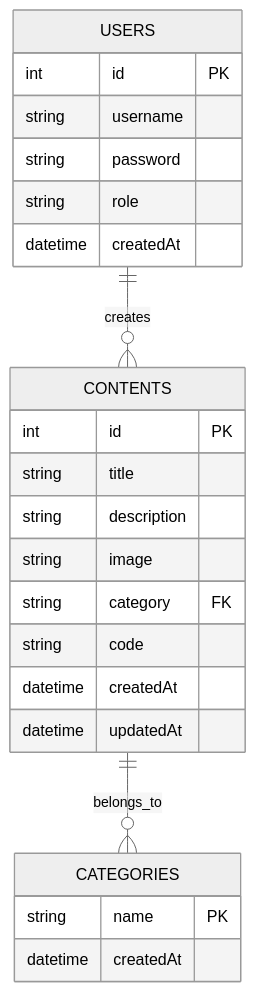
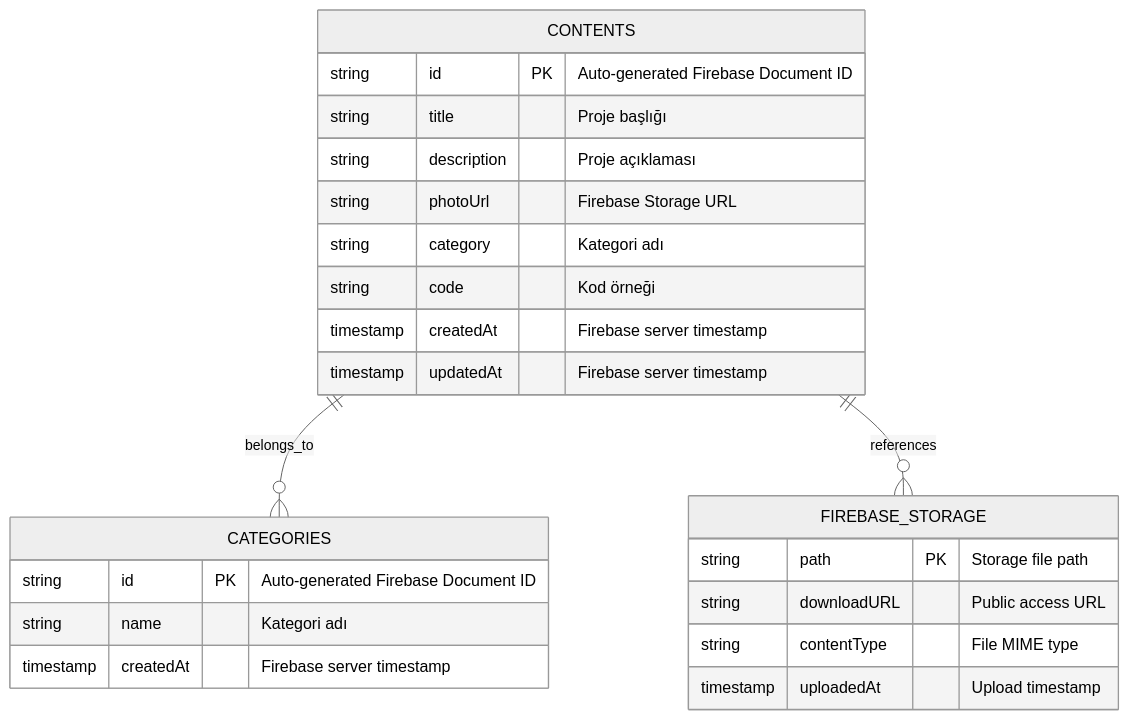
One commit to everyoneexe/student-code-platform changed the diagram in README.md. Above: the diagram before and after it, drawn with Mermaid (neutral theme). The commit also changed other lines of this file, not shown here.

First line of the commit message:
📊 ER diyagramı Firebase Firestore'a güncellendi

````diff
--- a/README.md
+++ b/README.md
@@ -176,29 +176,29 @@
 ```mermaid
 erDiagram
     CONTENTS {
-        int id PK
-        string title
-        string description
-        string image
-        string category FK
-        string code
-        datetime createdAt
-        datetime updatedAt
+        string id PK "Auto-generated Firebase Document ID"
+        string title "Proje başlığı"
+        string description "Proje açıklaması"
+        string photoUrl "Firebase Storage URL"
+        string category "Kategori adı"
+        string code "Kod örneği"
+        timestamp createdAt "Firebase server timestamp"
+        timestamp updatedAt "Firebase server timestamp"
     }
     
     CATEGORIES {
-        string name PK
-        datetime createdAt
+        string id PK "Auto-generated Firebase Document ID"
+        string name "Kategori adı"
+        timestamp createdAt "Firebase server timestamp"
     }
     
-    USERS {
-        int id PK
-        string username
-        string password
-        string role
-        datetime createdAt
+    FIREBASE_STORAGE {
+        string path PK "Storage file path"
+        string downloadURL "Public access URL"
+        string contentType "File MIME type"
+        timestamp uploadedAt "Upload timestamp"
     }
     
     CONTENTS ||--o{ CATEGORIES : belongs_to
-    USERS ||--o{ CONTENTS : creates
+    CONTENTS ||--o{ FIREBASE_STORAGE : references
 ```
````
